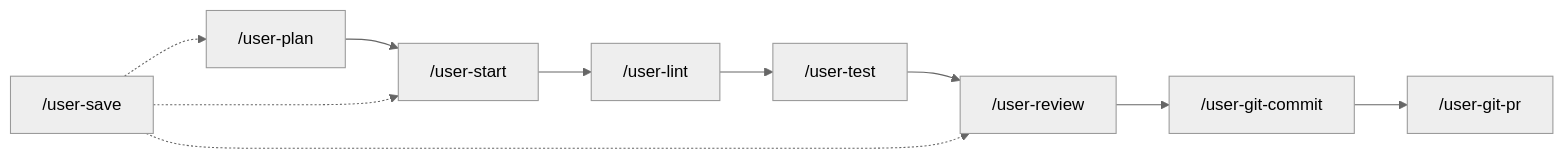
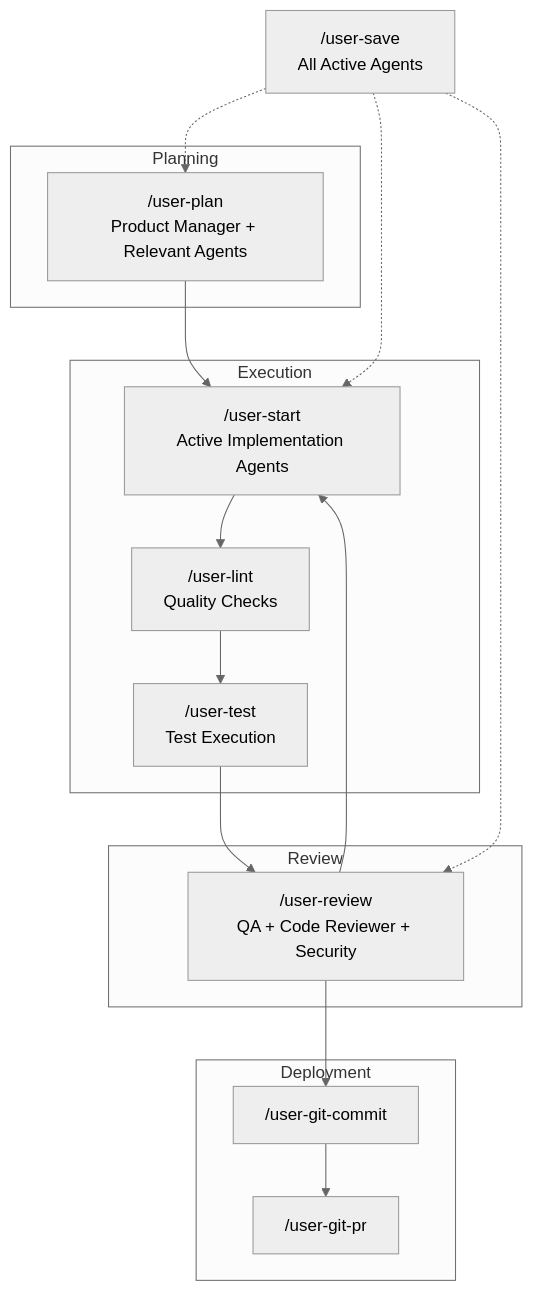
One commit to rbright/ai-config changed the diagram in README.md. Above: the diagram before and after it, drawn with Mermaid (neutral theme). The commit also changed other lines of this file, not shown here.

````diff
--- a/README.md
+++ b/README.md
@@ -74,13 +139,33 @@
 ```mermaid
-graph LR
-    A["/user-plan"] --> B["/user-start"]
-    B --> C["/user-lint"]
-    C --> D["/user-test"]
-    D --> E["/user-review"]
-    E --> F["/user-git-commit"]
-    F --> G["/user-git-pr"]
+graph TB
+    subgraph Planning
+        A["/user-plan<br/>Product Manager + Relevant Agents"]
+    end
 
-    H["/user-save"] -.-> A
+    subgraph Execution
+        B["/user-start<br/>Active Implementation Agents"]
+        C["/user-lint<br/>Quality Checks"]
+        D["/user-test<br/>Test Execution"]
+    end
+
+    subgraph Review
+        E["/user-review<br/>QA + Code Reviewer + Security"]
+    end
+
+    subgraph Deployment
+        F["/user-git-commit"]
+        G["/user-git-pr"]
+    end
+
+    A --> B
+    B --> C
+    C --> D
+    D --> E
+    E --> B
+    E --> F
+    F --> G
+
+    H["/user-save<br/>All Active Agents"] -.-> A
     H -.-> B
     H -.-> E
 ```
````
